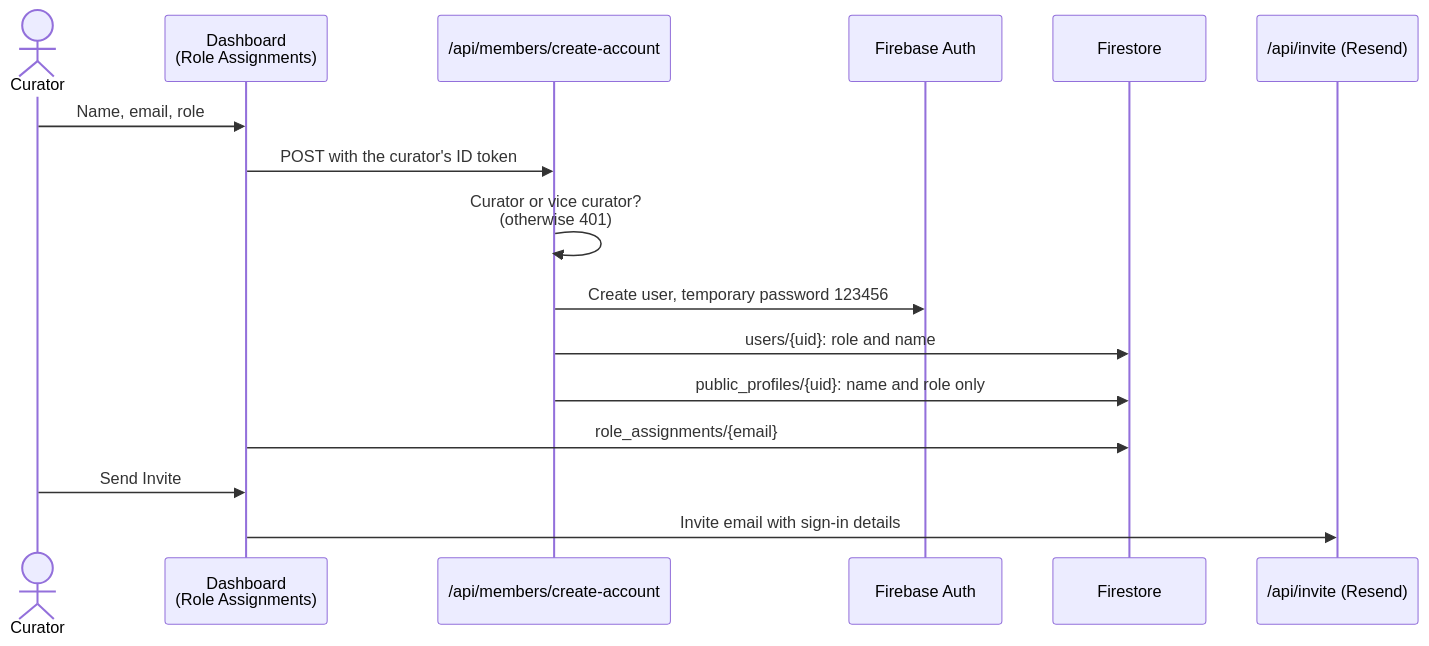
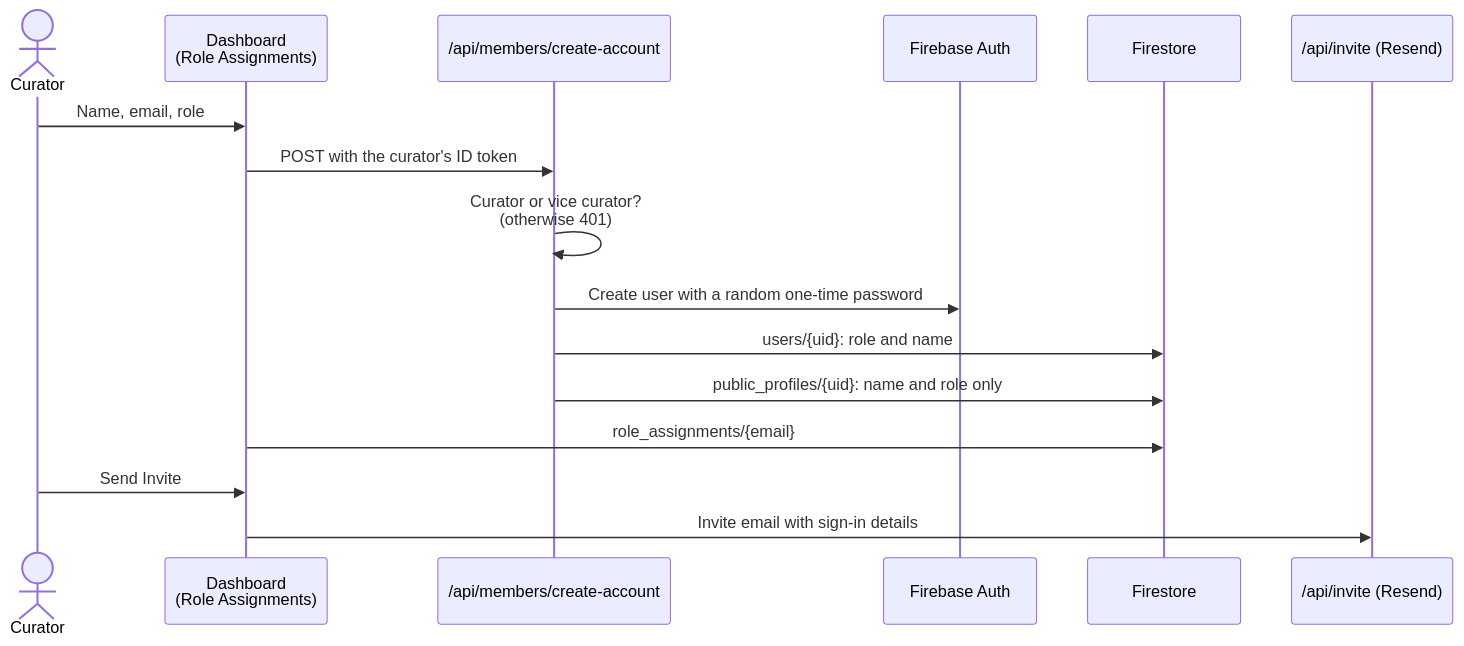
One commit to The-Dark-Ranger/Jeddah-Hub changed the second of 9 diagrams in docs/HOW-IT-WORKS.md. Above: the diagram before and after it, drawn with Mermaid. The commit also changed 13 other files, not shown here.

First line of the commit message:
Replace the shared member password with one-time passwords

````diff
--- a/docs/HOW-IT-WORKS.md
+++ b/docs/HOW-IT-WORKS.md
@@ -53,19 +53,19 @@
 ```mermaid
 sequenceDiagram
     actor C as Curator
     participant D as Dashboard<br/>(Role Assignments)
     participant A as /api/members/create-account
     participant Auth as Firebase Auth
     participant DB as Firestore
     participant M as /api/invite (Resend)
 
     C->>D: Name, email, role
     D->>A: POST with the curator's ID token
     A->>A: Curator or vice curator?<br/>(otherwise 401)
-    A->>Auth: Create user, temporary password 123456
+    A->>Auth: Create user with a random one-time password
     A->>DB: users/{uid}: role and name
     A->>DB: public_profiles/{uid}: name and role only
     D->>DB: role_assignments/{email}
     C->>D: Send Invite
     D->>M: Invite email with sign-in details
 ```
````
